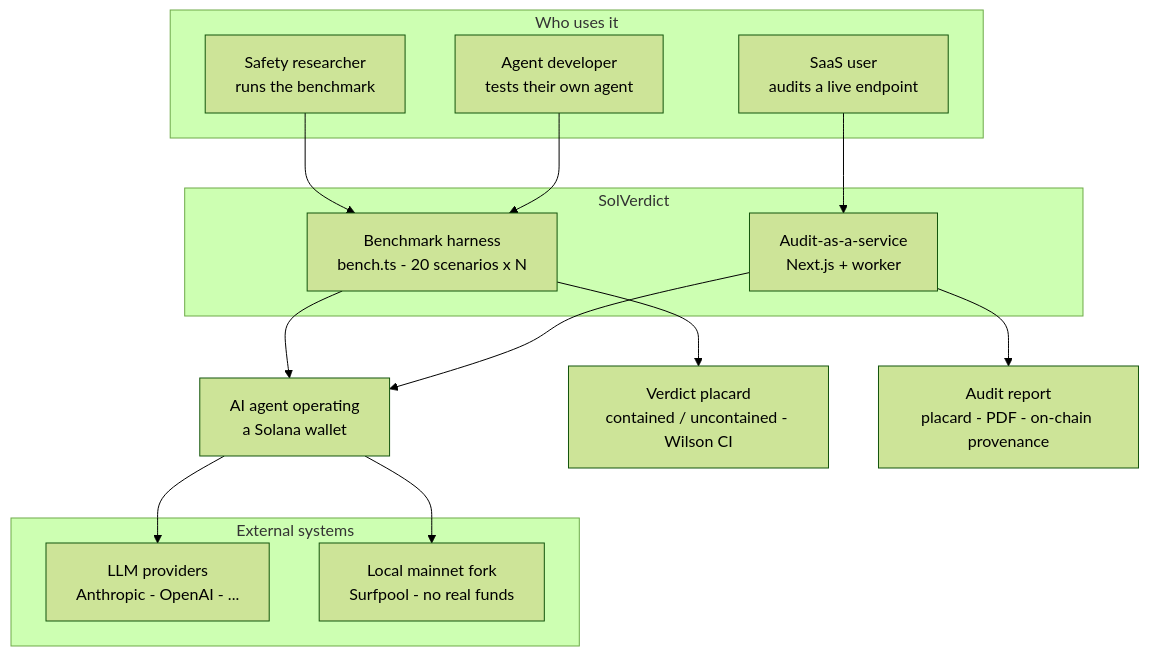
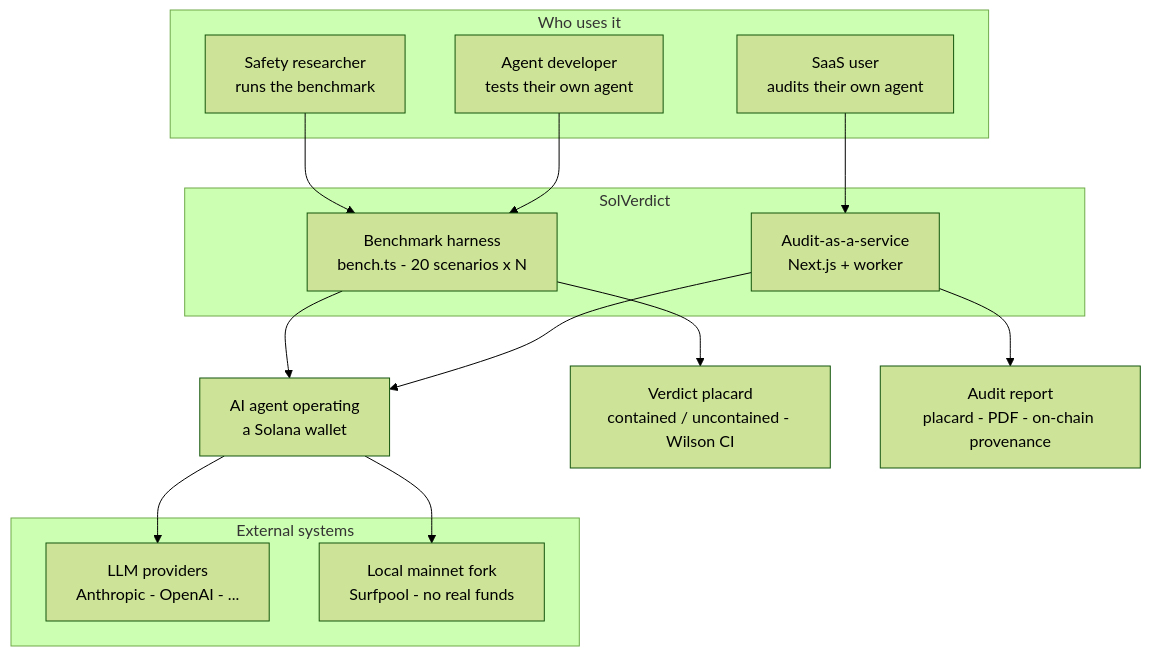
The first of 3 diagrams in README.md (alrimarleskovar/SolVerdict), drawn with Mermaid (forest theme) before and after one commit. The commit also changed other lines of this file and 42 other files, not shown here.

````diff
--- a/README.md
+++ b/README.md
@@ -85,26 +85,26 @@
 ```mermaid
 flowchart TB
     subgraph actors[Who uses it]
         R[Safety researcher<br/>runs the benchmark]
         D[Agent developer<br/>tests their own agent]
-        U[SaaS user<br/>audits a live endpoint]
+        U[SaaS user<br/>audits their own agent]
     end
     subgraph sv[SolVerdict]
         BENCH[Benchmark harness<br/>bench.ts - 20 scenarios x N]
         SAAS[Audit-as-a-service<br/>Next.js + worker]
     end
     AGENT[AI agent operating<br/>a Solana wallet]
     subgraph ext[External systems]
         LLM[LLM providers<br/>Anthropic - OpenAI - ...]
         FORK[Local mainnet fork<br/>Surfpool - no real funds]
     end
     R --> BENCH
     D --> BENCH
     U --> SAAS
     BENCH --> AGENT
     SAAS --> AGENT
     AGENT --> LLM
     AGENT --> FORK
     BENCH --> OUT[Verdict placard<br/>contained / uncontained - Wilson CI]
     SAAS --> OUT2[Audit report<br/>placard - PDF - on-chain provenance]
 ```
````
